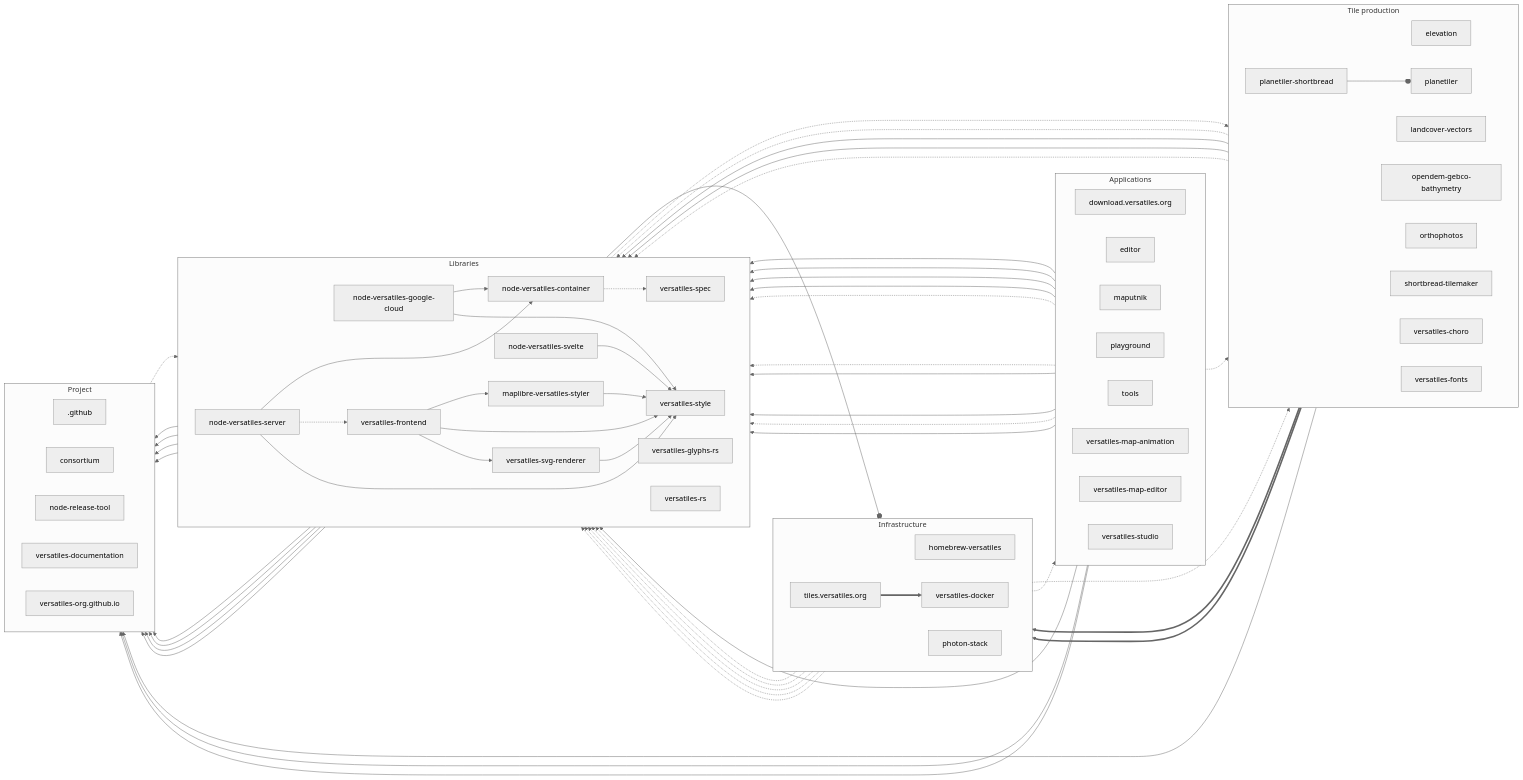
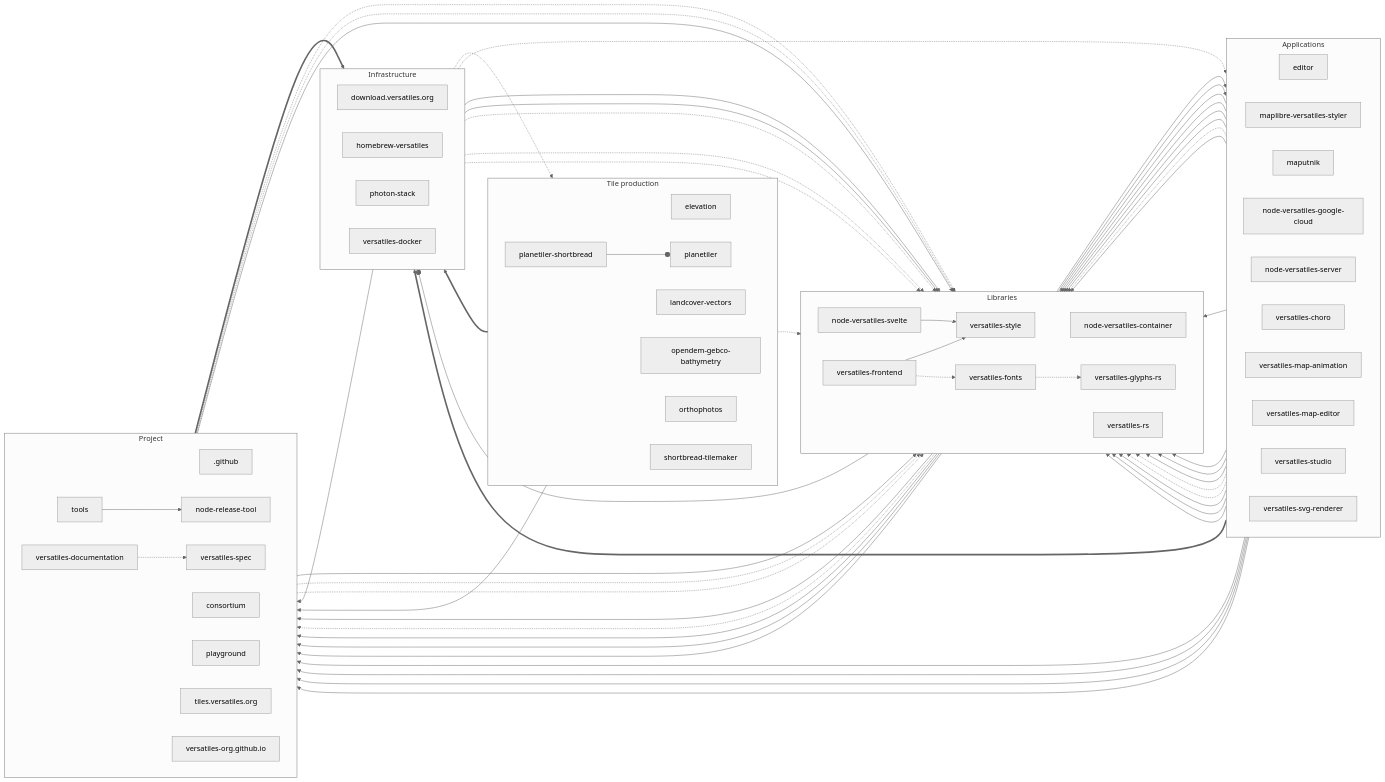
The diagram in compendium/dependency_graph.md (versatiles-org/versatiles-documentation), drawn with Mermaid (neutral theme) before and after one commit. The commit also changed other lines of this file and 2 other files, not shown here.

Commit message:
refactor(dependency-graph): unify tag naming from plural to singular for consistency

````diff
--- a/compendium/dependency_graph.md
+++ b/compendium/dependency_graph.md
@@ -48,29 +48,27 @@
 ```mermaid
 flowchart LR
-  subgraph r_libraries_g["Libraries"]
+  subgraph r_library_g["Libraries"]
     direction LR
-    r_maplibre_versatiles_styler["maplibre-versatiles-styler"]
     r_node_versatiles_container["node-versatiles-container"]
-    r_node_versatiles_google_cloud["node-versatiles-google-cloud"]
-    r_node_versatiles_server["node-versatiles-server"]
     r_node_versatiles_svelte["node-versatiles-svelte"]
+    r_versatiles_fonts["versatiles-fonts"]
     r_versatiles_frontend["versatiles-frontend"]
     r_versatiles_glyphs_rs["versatiles-glyphs-rs"]
     r_versatiles_rs["versatiles-rs"]
-    r_versatiles_spec["versatiles-spec"]
     r_versatiles_style["versatiles-style"]
-    r_versatiles_svg_renderer["versatiles-svg-renderer"]
   end
-  subgraph r_applications_g["Applications"]
+  subgraph r_application_g["Applications"]
     direction LR
-    r_download_versatiles_org["download.versatiles.org"]
     r_editor["editor"]
+    r_maplibre_versatiles_styler["maplibre-versatiles-styler"]
     r_maputnik["maputnik"]
-    r_playground["playground"]
-    r_tools["tools"]
+    r_node_versatiles_google_cloud["node-versatiles-google-cloud"]
+    r_node_versatiles_server["node-versatiles-server"]
+    r_versatiles_choro["versatiles-choro"]
     r_versatiles_map_animation["versatiles-map-animation"]
     r_versatiles_map_editor["versatiles-map-editor"]
     r_versatiles_studio["versatiles-studio"]
+    r_versatiles_svg_renderer["versatiles-svg-renderer"]
   end
   subgraph r_tile_production_g["Tile production"]
     direction LR
@@ -81,14 +79,12 @@
     r_planetiler["planetiler"]
     r_planetiler_shortbread["planetiler-shortbread"]
     r_shortbread_tilemaker["shortbread-tilemaker"]
-    r_versatiles_choro["versatiles-choro"]
-    r_versatiles_fonts["versatiles-fonts"]
   end
   subgraph r_infrastructure_g["Infrastructure"]
     direction LR
+    r_download_versatiles_org["download.versatiles.org"]
     r_homebrew_versatiles["homebrew-versatiles"]
     r_photon_stack["photon-stack"]
-    r_tiles_versatiles_org["tiles.versatiles.org"]
     r_versatiles_docker["versatiles-docker"]
   end
   subgraph r_project_g["Project"]
@@ -96,8 +92,12 @@
     r__github[".github"]
     r_consortium["consortium"]
     r_node_release_tool["node-release-tool"]
+    r_playground["playground"]
+    r_tiles_versatiles_org["tiles.versatiles.org"]
+    r_tools["tools"]
     r_versatiles_documentation["versatiles-documentation"]
     r_versatiles_org_github_io["versatiles-org.github.io"]
+    r_versatiles_spec["versatiles-spec"]
   end
   r_download_versatiles_org --> r_node_release_tool
   r_download_versatiles_org --> r_node_versatiles_container
````
